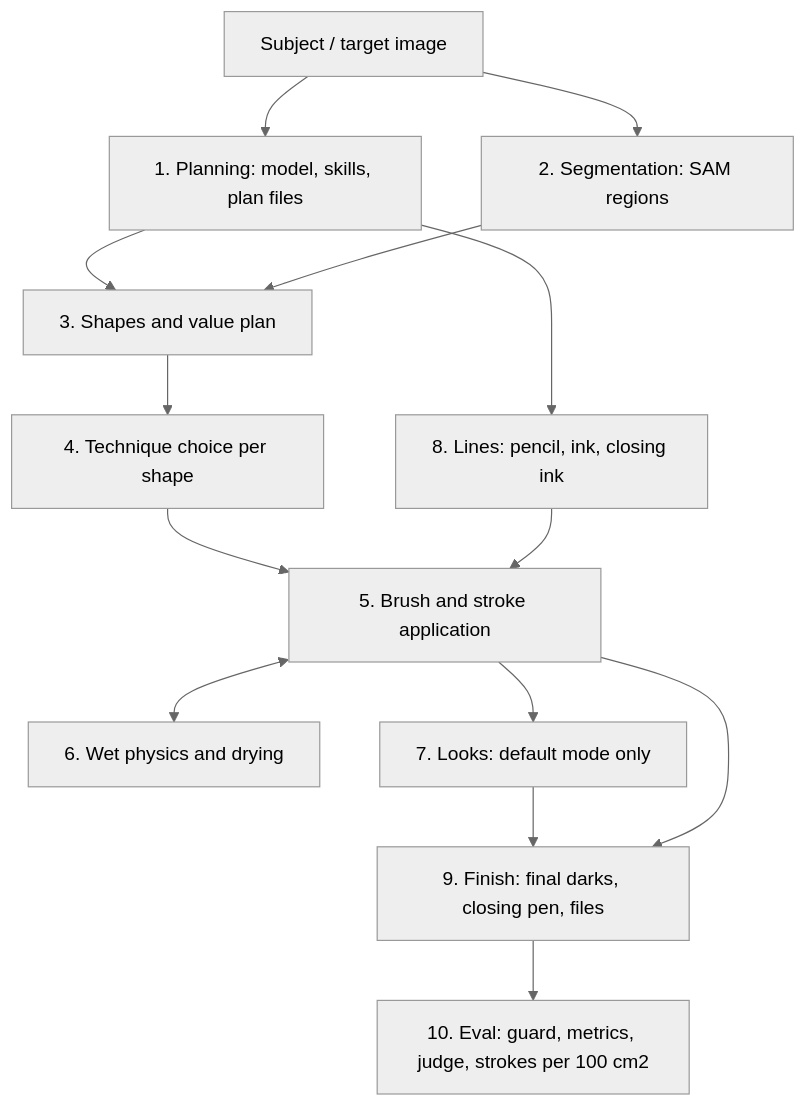
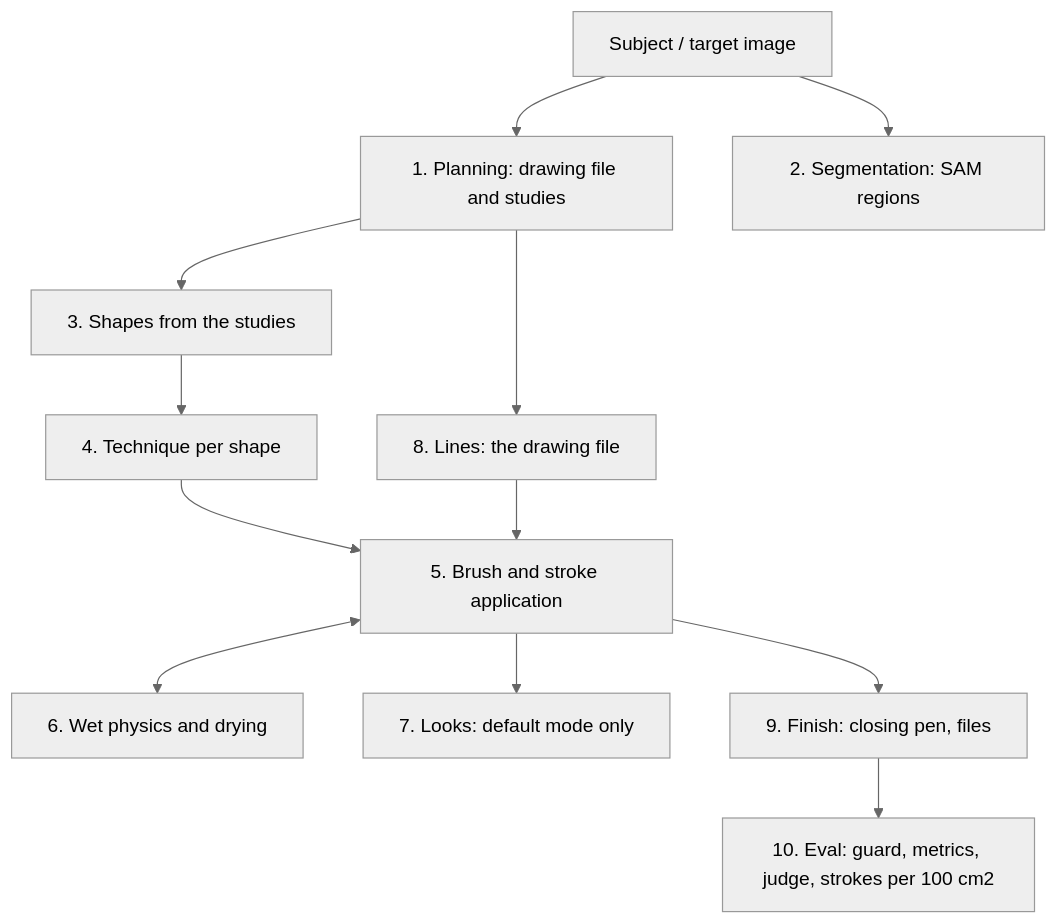
One commit to sabj/unpainting changed the diagram in docs/how-it-paints.md. Above: the diagram before and after it, drawn with Mermaid (neutral theme). The commit also changed other lines of this file and 27 other files, not shown here.

````diff
--- a/docs/how-it-paints.md
+++ b/docs/how-it-paints.md
@@ -27,16 +25,14 @@
 ```mermaid
 flowchart TD
-    S[Subject / target image] --> A[1. Planning: model, skills, plan files]
+    S[Subject / target image] --> A[1. Planning: drawing file and studies]
     S --> B[2. Segmentation: SAM regions]
-    A --> C[3. Shapes and value plan]
-    B --> C
-    C --> D[4. Technique choice per shape]
+    A --> C[3. Shapes from the studies]
+    C --> D[4. Technique per shape]
     D --> E[5. Brush and stroke application]
     E <--> F[6. Wet physics and drying]
     E --> G[7. Looks: default mode only]
-    A --> H[8. Lines: pencil, ink, closing ink]
+    A --> H[8. Lines: the drawing file]
     H --> E
-    G --> I[9. Finish: final darks, closing pen, files]
-    E --> I
+    E --> I[9. Finish: closing pen, files]
     I --> J[10. Eval: guard, metrics, judge, strokes per 100 cm2]
 ```
````
